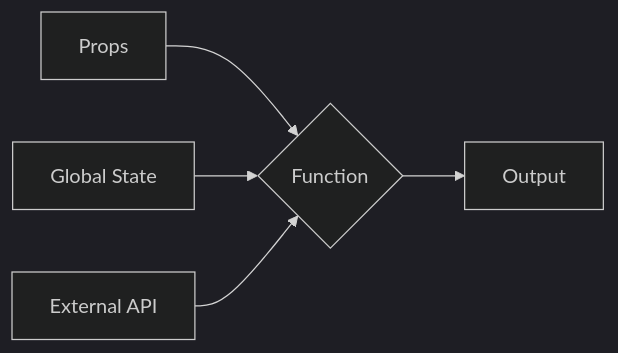
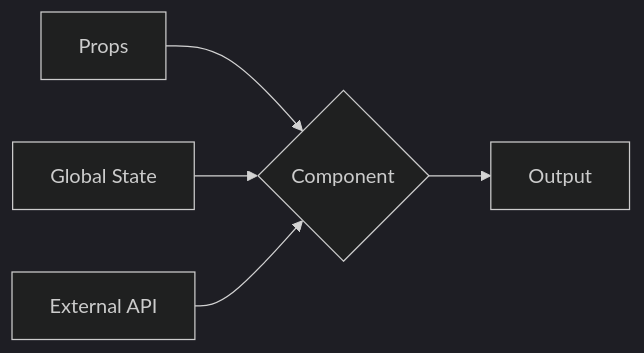
Before and after one commit to lindsaykwardell/vgs-functional-programming: the fifth of 12 diagrams in slides.md, drawn with Mermaid (dark theme). The commit also changed other lines of this file and 1 other file, not shown here.

````diff
--- a/slides.md
+++ b/slides.md
@@ -428,7 +483,7 @@
 ```mermaid
 flowchart LR
-    Props --> Function
-    state[Global State] --> Function
-    api[External API] --> Function
-    Function{Function} --> Output
+    Props --> Component
+    state[Global State] --> Component
+    api[External API] --> Component
+    Component{Component} --> Output
 ```
````
